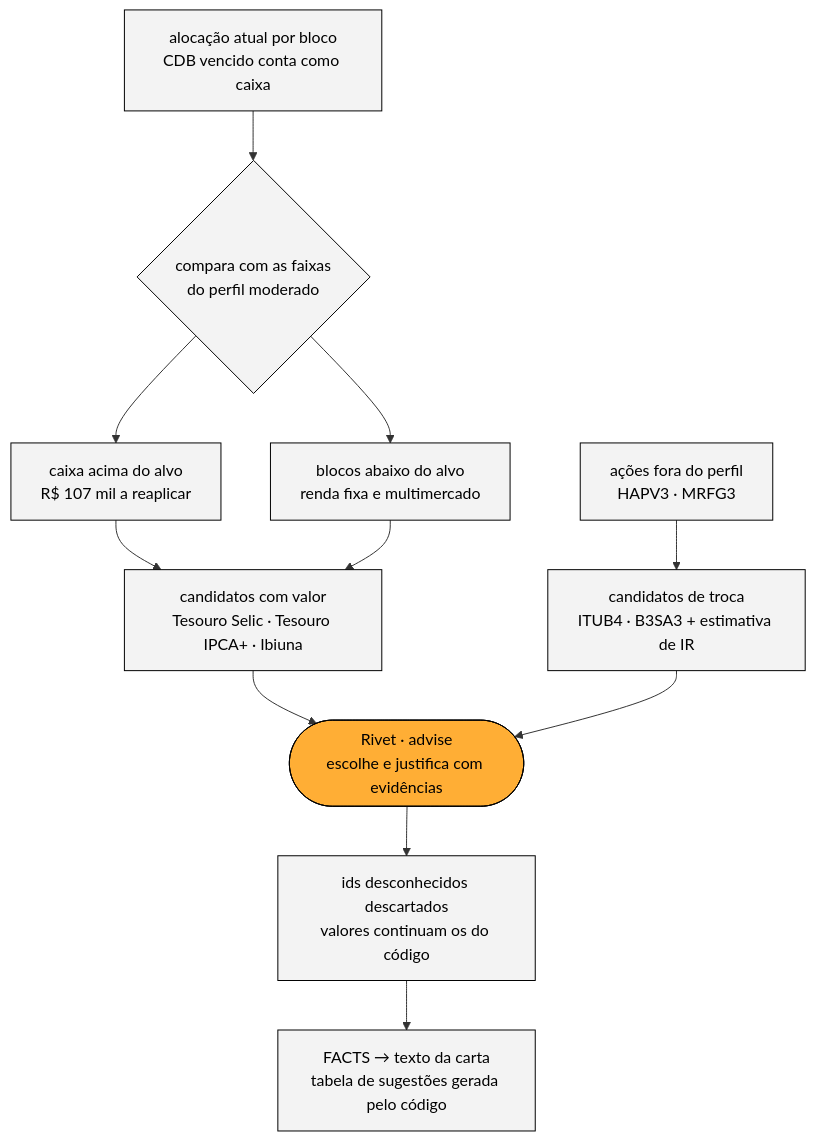
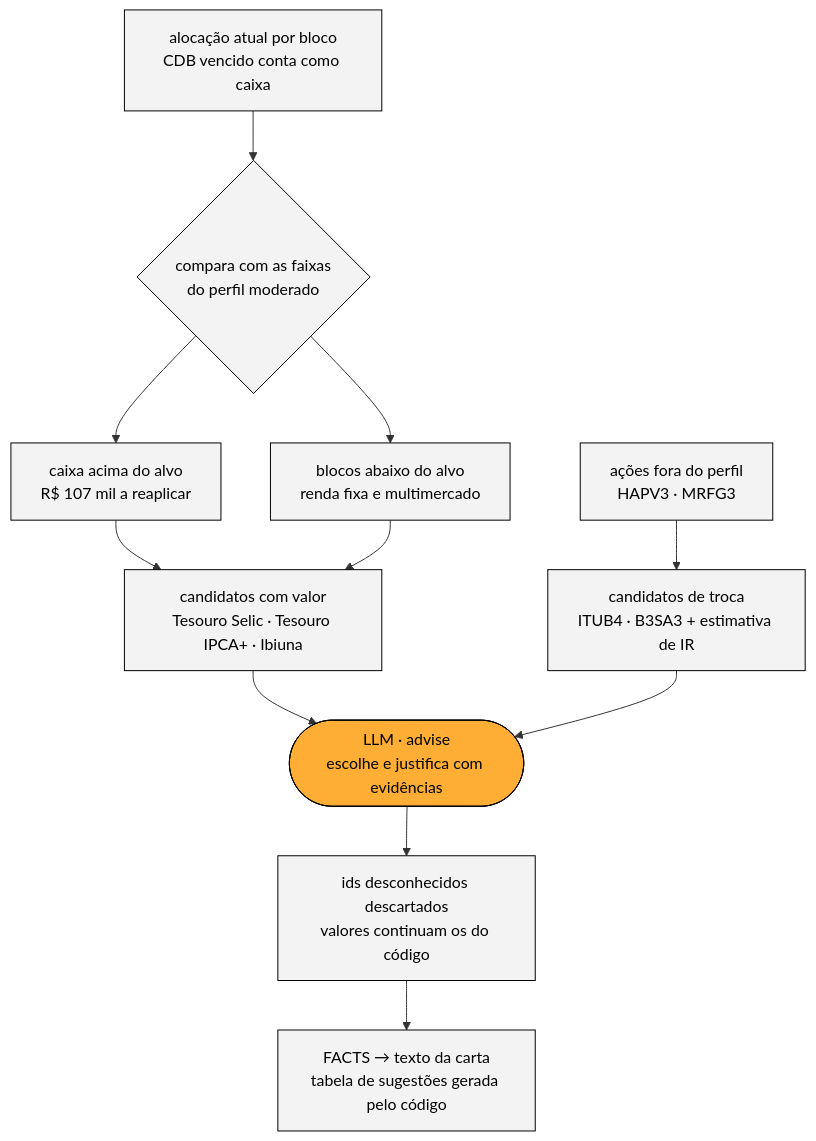
The diagram in docs/03_melhorias_implementadas.md (eu-adrianocarvalho/enter-challenge), drawn with Mermaid before and after one commit. The commit also changed other lines of this file and 35 other files, not shown here.

````diff
--- a/docs/03_melhorias_implementadas.md
+++ b/docs/03_melhorias_implementadas.md
@@ -41,19 +42,17 @@
 ```mermaid
 flowchart TD
   A["alocação atual por bloco<br/>CDB vencido conta como caixa"] --> B{"compara com as faixas<br/>do perfil moderado"}
   B --> C["caixa acima do alvo<br/>R$ 107 mil a reaplicar"]
   B --> D["blocos abaixo do alvo<br/>renda fixa e multimercado"]
   C --> E["candidatos com valor<br/>Tesouro Selic · Tesouro IPCA+ · Ibiuna"]
   D --> E
   F["ações fora do perfil<br/>HAPV3 · MRFG3"] --> G["candidatos de troca<br/>ITUB4 · B3SA3 + estimativa de IR"]
-  E --> H(["Rivet · advise<br/>escolhe e justifica com evidências"])
+  E --> H(["LLM · advise<br/>escolhe e justifica com evidências"])
   G --> H
   H --> I["ids desconhecidos descartados<br/>valores continuam os do código"]
   I --> J["FACTS → texto da carta<br/>tabela de sugestões gerada pelo código"]
   classDef rivet fill:#ffae35,stroke:#000,color:#000
-  classDef py fill:#f3f3f3,stroke:#000,color:#000
-  classDef io fill:#171717,stroke:#171717,color:#fff
-  classDef bad fill:#fde2e2,stroke:#d62828,color:#000
+  classDef code fill:#f3f3f3,stroke:#000,color:#000
   class H rivet
-  class A,B,C,D,E,F,G,I,J py
+  class A,B,C,D,E,F,G,I,J code
 ```
````
